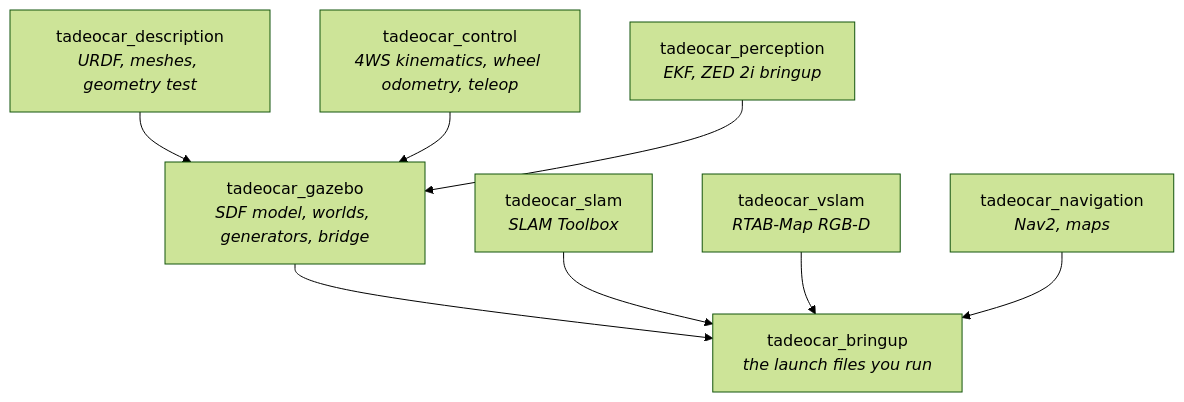
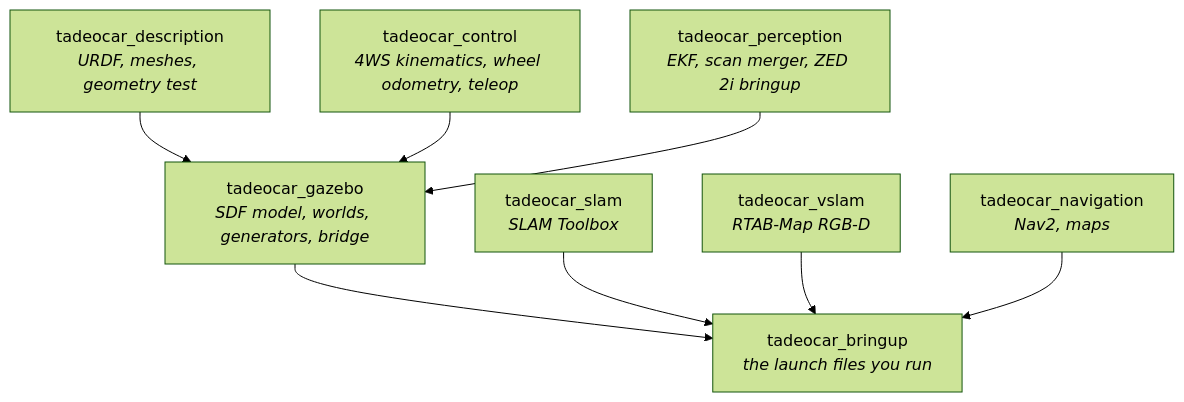
The first of 3 diagrams in README.md (MrDavidAlv/tadeo-eCar-ws), drawn with Mermaid (forest theme) before and after one commit. The commit also changed other lines of this file and 11 other files, not shown here.

````diff
--- a/README.md
+++ b/README.md
@@ -175,19 +225,19 @@
 ```mermaid
 flowchart TD
     D["tadeocar_description<br/><i>URDF, meshes, geometry test</i>"]
     G["tadeocar_gazebo<br/><i>SDF model, worlds, generators, bridge</i>"]
     C["tadeocar_control<br/><i>4WS kinematics, wheel odometry, teleop</i>"]
-    P["tadeocar_perception<br/><i>EKF, ZED 2i bringup</i>"]
+    P["tadeocar_perception<br/><i>EKF, scan merger, ZED 2i bringup</i>"]
     S["tadeocar_slam<br/><i>SLAM Toolbox</i>"]
     V["tadeocar_vslam<br/><i>RTAB-Map RGB-D</i>"]
     N["tadeocar_navigation<br/><i>Nav2, maps</i>"]
     B["tadeocar_bringup<br/><i>the launch files you run</i>"]
 
     D --> G
     G --> B
     C --> G
     P --> G
     S --> B
     V --> B
     N --> B
 ```
````
